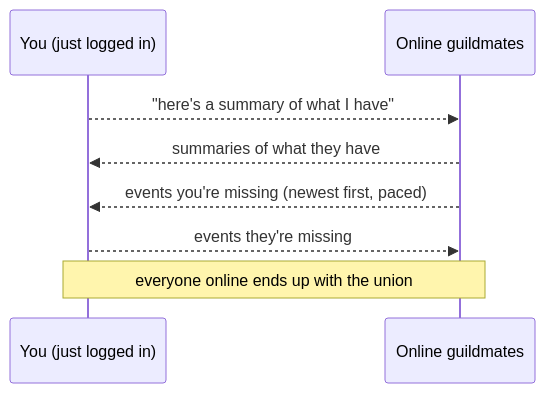
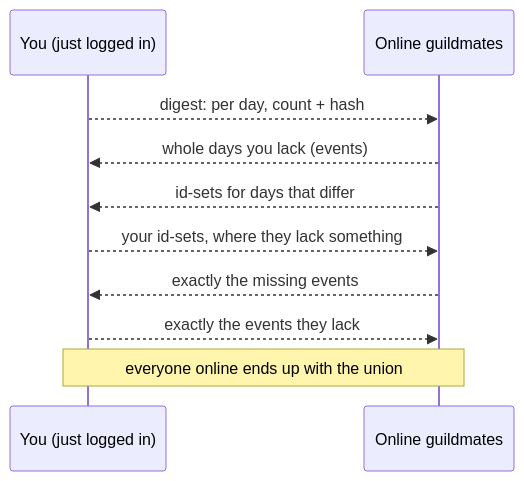
One commit to danielgospodinow/guild-vendetta changed the third of 5 diagrams in README.md. Above: the diagram before and after it, drawn with Mermaid. The commit also changed other lines of this file and 6 other files, not shown here.

First line of the commit message:
Sync v2: heartbeat + send only missing events; sync examples doc (#17)

````diff
--- a/README.md
+++ b/README.md
@@ -215,10 +221,12 @@
 ```mermaid
 sequenceDiagram
     participant Y as You (just logged in)
     participant P as Online guildmates
-    Y-->>P: "here's a summary of what I have"
-    P-->>Y: summaries of what they have
-    P-->>Y: events you're missing (newest first, paced)
-    Y-->>P: events they're missing
+    Y-->>P: digest: per day, count + hash
+    P-->>Y: whole days you lack (events)
+    P-->>Y: id-sets for days that differ
+    Y-->>P: your id-sets, where they lack something
+    P-->>Y: exactly the missing events
+    Y-->>P: exactly the events they lack
     Note over Y,P: everyone online ends up with the union
 ```
````
